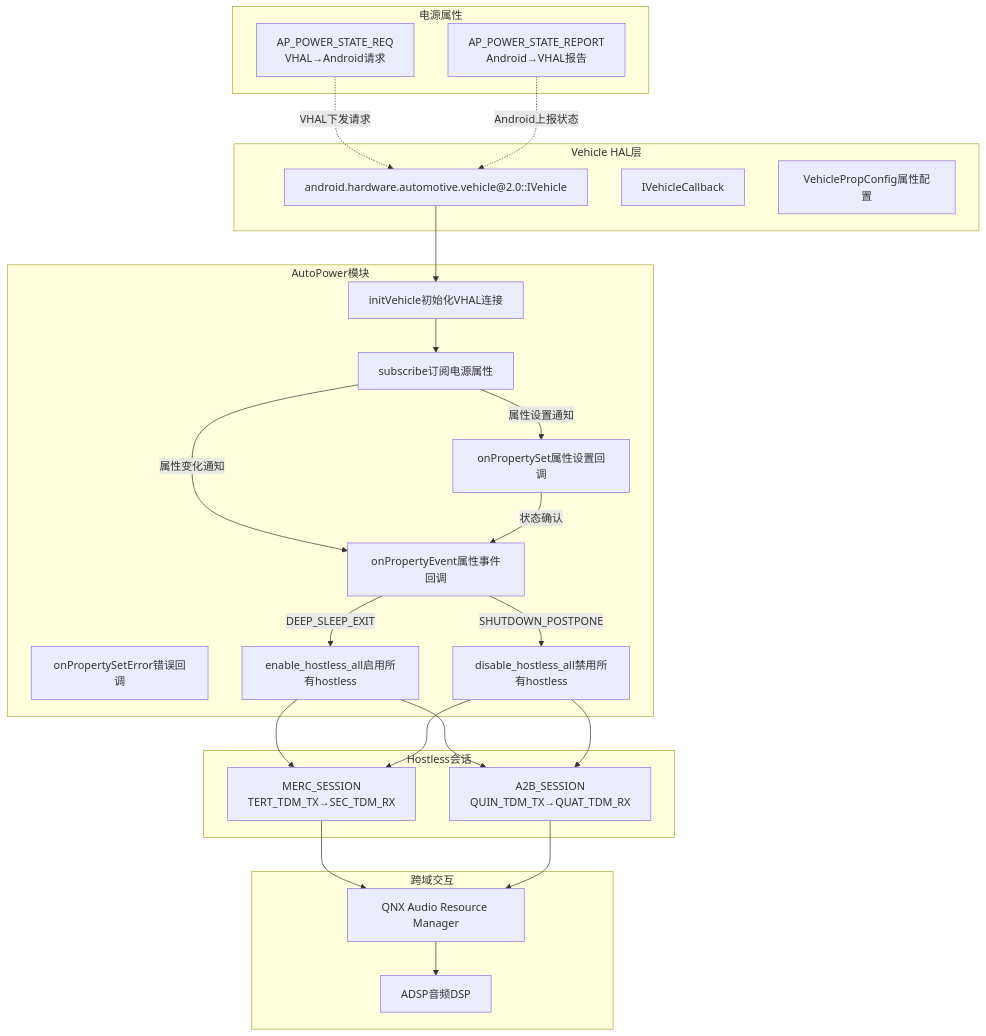
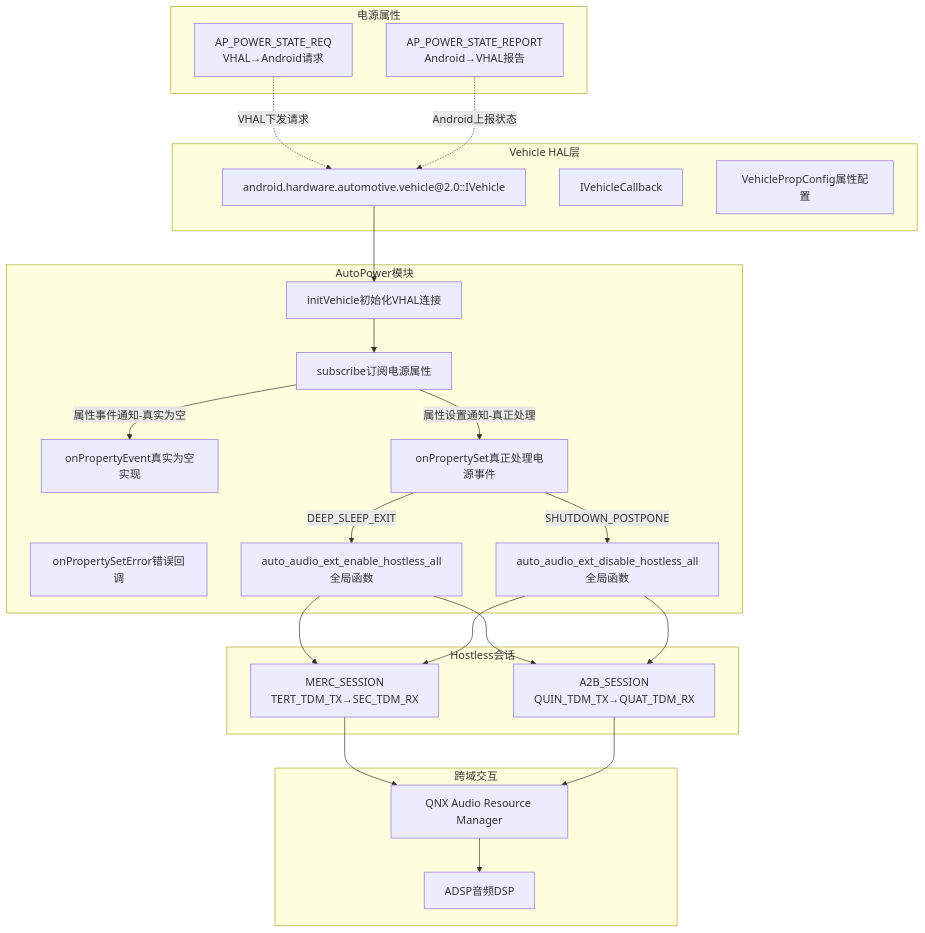
One commit to yanglinzhen1022/SA8295_AAOS_QNX_Audio_KnowledgeBase changed the first of 7 diagrams in 16_Vendor_QNX_Architecture/16_16.3_AutoPower与VHAL集成.md. Above: the diagram before and after it, drawn with Mermaid. The commit also changed other lines of this file and 48 other files, not shown here.

````diff
--- a/16_Vendor_QNX_Architecture/16_16.3_AutoPower与VHAL集成.md
+++ b/16_Vendor_QNX_Architecture/16_16.3_AutoPower与VHAL集成.md
@@ -13,50 +13,49 @@
 ```mermaid
 graph TB
     subgraph VHAL_Layer[Vehicle HAL层]
         IVEHICLE["android.hardware.automotive.vehicle@2.0::IVehicle"]
         CALLBACK[IVehicleCallback]
         PROP_CFG[VehiclePropConfig属性配置]
     end
 
     subgraph AutoPower_Module[AutoPower模块]
         INIT[initVehicle初始化VHAL连接]
         SUBSCRIBE[subscribe订阅电源属性]
-        ON_EVENT[onPropertyEvent属性事件回调]
-        ON_SET[onPropertySet属性设置回调]
+        ON_EVENT[onPropertyEvent真实为空实现]
+        ON_SET[onPropertySet真正处理电源事件]
         ON_ERR[onPropertySetError错误回调]
-        ENABLE_ALL[enable_hostless_all启用所有hostless]
-        DISABLE_ALL[disable_hostless_all禁用所有hostless]
+        ENABLE_ALL[auto_audio_ext_enable_hostless_all全局函数]
+        DISABLE_ALL[auto_audio_ext_disable_hostless_all全局函数]
     end
 
     subgraph Power_Props[电源属性]
         REQ["AP_POWER_STATE_REQ<br/>VHAL→Android请求"]
         REPORT["AP_POWER_STATE_REPORT<br/>Android→VHAL报告"]
     end
 
     subgraph Hostless_Sessions[Hostless会话]
         MERC["MERC_SESSION<br/>TERT_TDM_TX→SEC_TDM_RX"]
         A2B["A2B_SESSION<br/>QUIN_TDM_TX→QUAT_TDM_RX"]
     end
 
     subgraph Cross_Domain[跨域交互]
         QNX_AM[QNX Audio Resource Manager]
         ADSP[ADSP音频DSP]
     end
 
     IVEHICLE --> INIT
     INIT --> SUBSCRIBE
-    SUBSCRIBE -->|属性变化通知| ON_EVENT
-    SUBSCRIBE -->|属性设置通知| ON_SET
-    ON_EVENT -->|DEEP_SLEEP_EXIT| ENABLE_ALL
-    ON_EVENT -->|SHUTDOWN_POSTPONE| DISABLE_ALL
-    ON_SET -->|状态确认| ON_EVENT
+    SUBSCRIBE -->|属性事件通知-真实为空| ON_EVENT
+    SUBSCRIBE -->|属性设置通知-真正处理| ON_SET
+    ON_SET -->|DEEP_SLEEP_EXIT| ENABLE_ALL
+    ON_SET -->|SHUTDOWN_POSTPONE| DISABLE_ALL
     ENABLE_ALL --> MERC
     ENABLE_ALL --> A2B
     DISABLE_ALL --> MERC
     DISABLE_ALL --> A2B
     MERC --> QNX_AM
     A2B --> QNX_AM
     QNX_AM --> ADSP
     REQ -.->|VHAL下发请求| IVEHICLE
     REPORT -.->|Android上报状态| IVEHICLE
 ```
````
